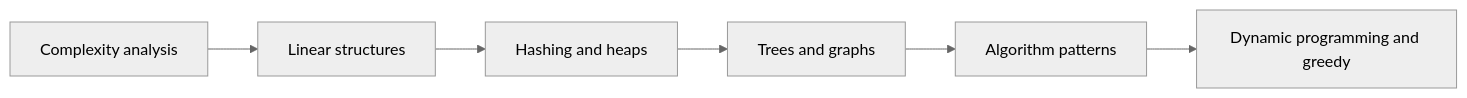
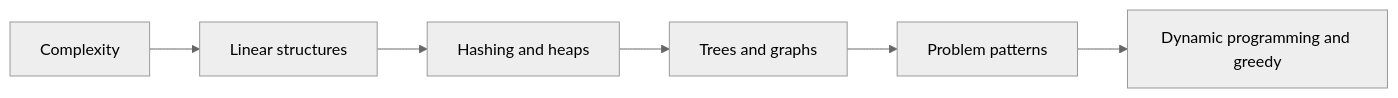
The diagram in docs/data structures/index.md (rashid-mamun/tech-interview-hub), drawn with Mermaid (neutral theme) before and after one commit. The commit also changed other lines of this file and 43 other files, not shown here.

````diff
--- a/docs/data structures/index.md
+++ b/docs/data structures/index.md
@@ -8,8 +10,6 @@
 ```mermaid
 flowchart LR
-    C[Complexity analysis] --> L[Linear structures]
-    L --> H[Hashing and heaps]
-    H --> T[Trees and graphs]
-    T --> A[Algorithm patterns]
-    A --> DP[Dynamic programming and greedy]
+    C[Complexity] --> L[Linear structures] --> H[Hashing and heaps]
+    H --> T[Trees and graphs] --> P[Problem patterns]
+    P --> D[Dynamic programming and greedy]
 ```
````
